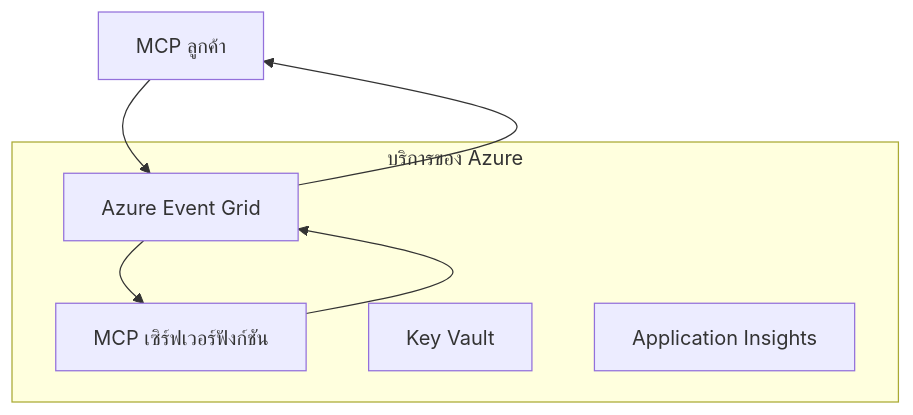
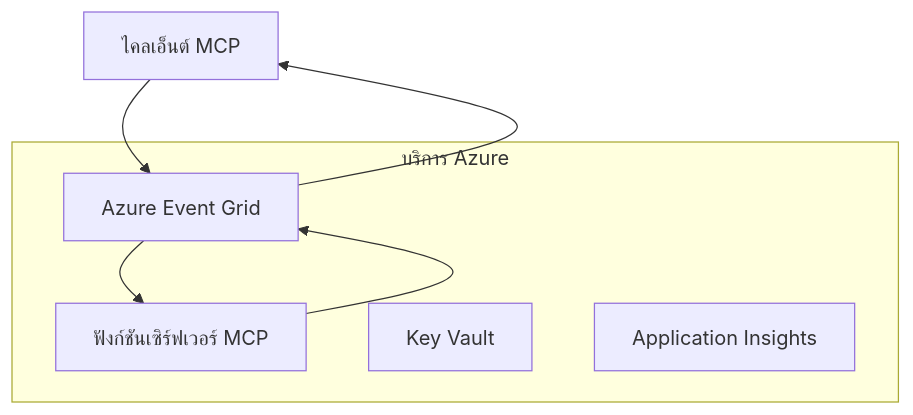
One commit to HIDORAKAI002/ai-workspace-archive changed the first of 2 diagrams in mcp_ecosystem__model_context_protocol/mcp_learning_resources/mcp-for-beginners/translations/th/05-AdvancedTopics/mcp-transport/README.md. Above: the diagram before and after it, drawn with Mermaid. The commit also changed other lines of this file and 1046 other files, not shown here.

````diff
--- a/mcp_ecosystem__model_context_protocol/mcp_learning_resources/mcp-for-beginners/translations/th/05-AdvancedTopics/mcp-transport/README.md
+++ b/mcp_ecosystem__model_context_protocol/mcp_learning_resources/mcp-for-beginners/translations/th/05-AdvancedTopics/mcp-transport/README.md
@@ -58,14 +60,14 @@
 ```mermaid
 graph TB
-    Client[MCP ลูกค้า] --> EG[Azure Event Grid]
-    EG --> Server[MCP เซิร์ฟเวอร์ฟังก์ชัน]
+    Client[ไคลเอ็นต์ MCP] --> EG[Azure Event Grid]
+    EG --> Server[ฟังก์ชันเซิร์ฟเวอร์ MCP]
     Server --> EG
     EG --> Client
     
-    subgraph "บริการของ Azure"
+    subgraph "บริการ Azure"
         EG
         Server
         KV[Key Vault]
         Monitor[Application Insights]
     end
 ```
````
